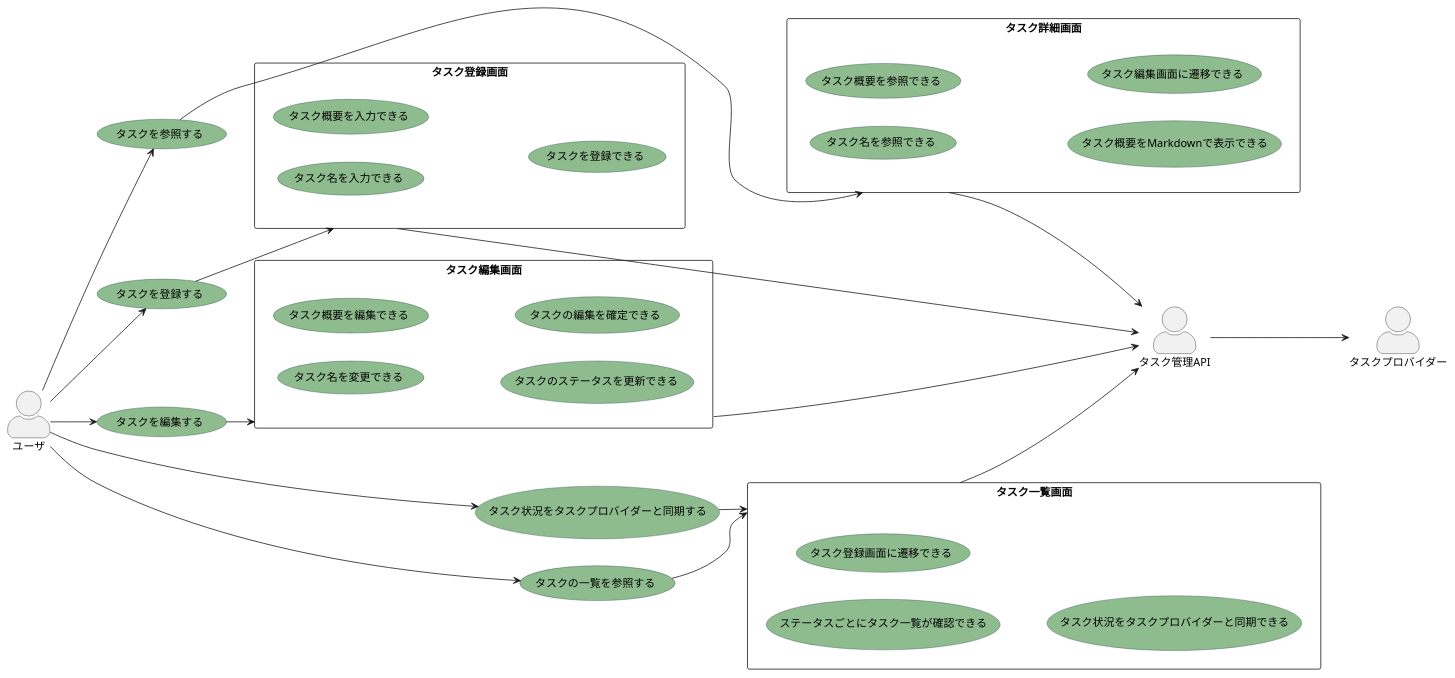
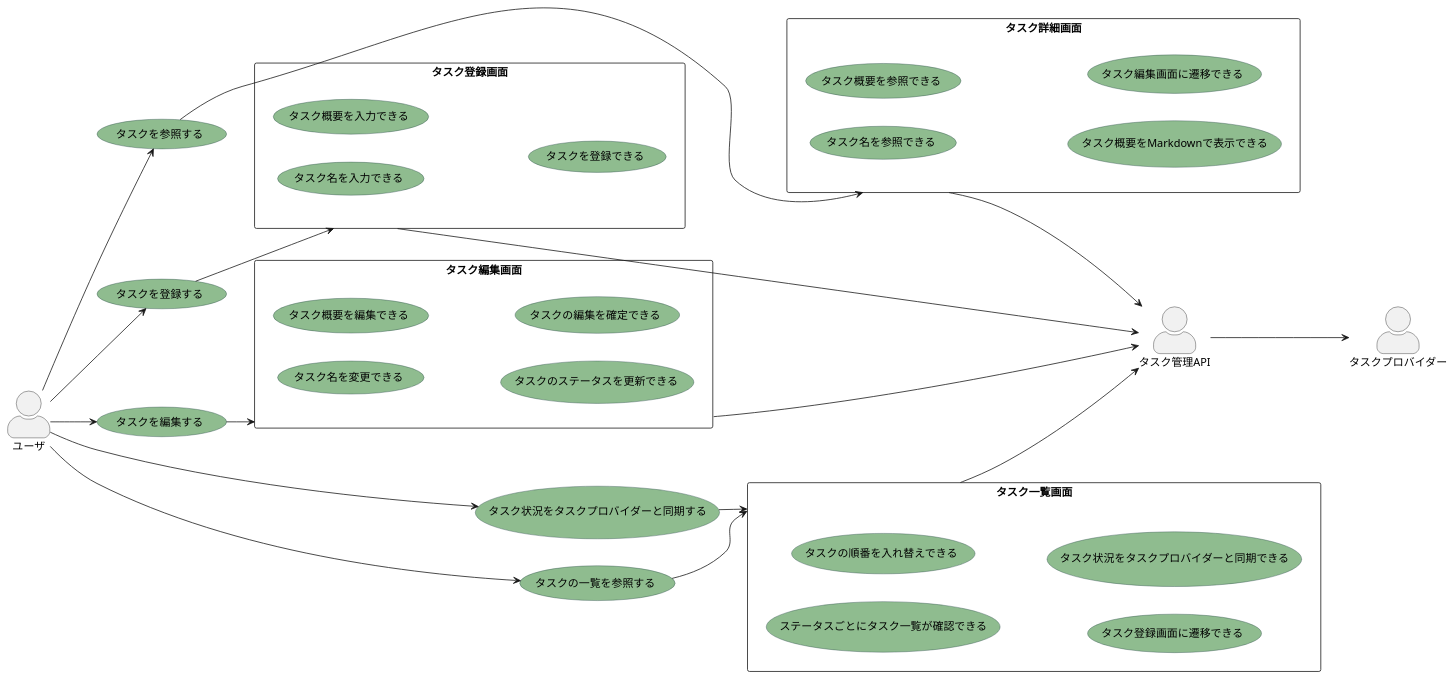
The diagram in docs/mvp/usecase.pu (yuya-okada527/panopticon-docs), drawn with PlantUML before and after one commit.

```diff
--- a/docs/mvp/usecase.pu
+++ b/docs/mvp/usecase.pu
@@ -1,64 +1,65 @@
 @startuml MVP
 ' 設定
 left to right direction
 skinparam actorStyle awesome
 skinparam usecase {
   BackgroundColor DarkSeaGreen
   BorderColor DarkSlateGray
 }
 ' ユースケース
 usecase タスクを登録する
 usecase タスクを編集する
 usecase タスクを参照する
 usecase タスクの一覧を参照する
 usecase タスク状況をタスクプロバイダーと同期する
 
 ' 画面
 rectangle タスク登録画面 {
   usecase タスク名を入力できる
   usecase タスク概要を入力できる
   usecase タスクを登録できる
 }
 rectangle タスク編集画面 {
   usecase タスク名を変更できる
   usecase タスク概要を編集できる
   usecase タスクのステータスを更新できる
   usecase タスクの編集を確定できる
 }
 rectangle タスク詳細画面 {
   usecase タスク名を参照できる
   usecase タスク概要を参照できる
   usecase タスク概要をMarkdownで表示できる
   usecase タスク編集画面に遷移できる
 }
 rectangle タスク一覧画面 {
   usecase ステータスごとにタスク一覧が確認できる
   usecase タスクのステータスを更新できる
+  usecase タスクの順番を入れ替えできる
   usecase タスク登録画面に遷移できる
   usecase タスク状況をタスクプロバイダーと同期できる
 }
 
 ' アクター
 actor ユーザ
 ユーザ --> タスクを登録する
 ユーザ --> タスクを編集する
 ユーザ --> タスクを参照する
 ユーザ --> タスクの一覧を参照する
 ユーザ --> タスク状況をタスクプロバイダーと同期する
 
 タスクを登録する --> タスク登録画面
 タスクを編集する --> タスク編集画面
 タスクを参照する --> タスク詳細画面
 タスクの一覧を参照する --> タスク一覧画面
 タスク状況をタスクプロバイダーと同期する --> タスク一覧画面
 
 actor タスク管理API
 タスク登録画面 --> タスク管理API
 タスク編集画面 --> タスク管理API
 タスク詳細画面 --> タスク管理API
 タスク一覧画面 --> タスク管理API
 
 actor タスクプロバイダー
 タスク管理API --> タスクプロバイダー
 
 @enduml
```
